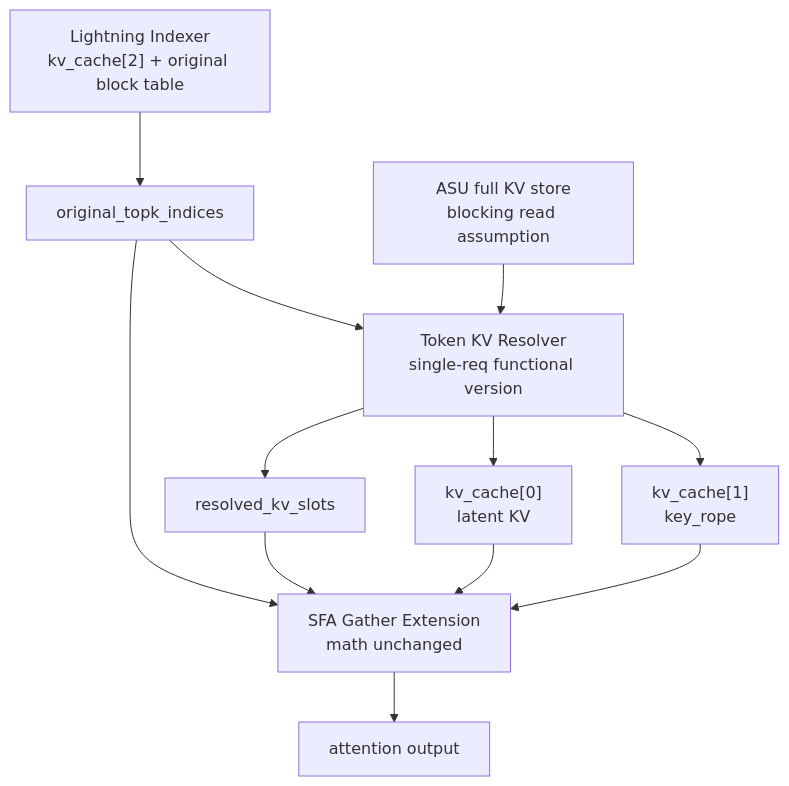
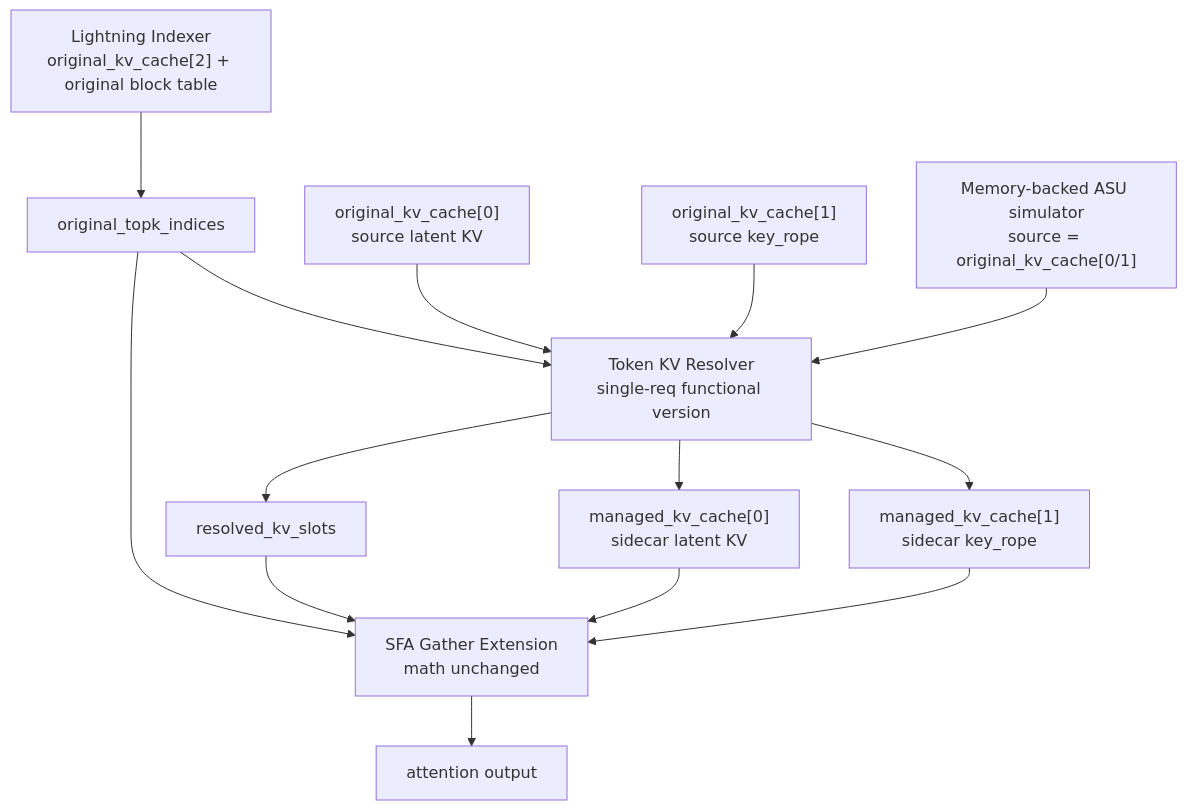
The diagram in docs/asu_g25_kvcache_functional_design.md (ykfnxx/ASU-Ascend), drawn with Mermaid before and after one commit. The commit also changed other lines of this file, not shown here.

Commit message:
docs: clarify ASU managed KV cache allocation

````diff
--- a/docs/asu_g25_kvcache_functional_design.md
+++ b/docs/asu_g25_kvcache_functional_design.md
@@ -129,24 +154,28 @@
 ```mermaid
 flowchart TB
-    IDX["Lightning Indexer<br/>kv_cache[2] + original block table"]
+    IDX["Lightning Indexer<br/>original_kv_cache[2] + original block table"]
     TOPK["original_topk_indices"]
     RES["Token KV Resolver<br/>single-req functional version"]
-    ASU["ASU full KV store<br/>blocking read assumption"]
-    K0["kv_cache[0]<br/>latent KV"]
-    K1["kv_cache[1]<br/>key_rope"]
+    ASU["Memory-backed ASU simulator<br/>source = original_kv_cache[0/1]"]
+    OK0["original_kv_cache[0]<br/>source latent KV"]
+    OK1["original_kv_cache[1]<br/>source key_rope"]
+    MK0["managed_kv_cache[0]<br/>sidecar latent KV"]
+    MK1["managed_kv_cache[1]<br/>sidecar key_rope"]
     SLOT["resolved_kv_slots"]
     SFA["SFA Gather Extension<br/>math unchanged"]
     OUT["attention output"]
 
     IDX --> TOPK
     TOPK --> RES
+    OK0 --> RES
+    OK1 --> RES
     ASU --> RES
-    RES --> K0
-    RES --> K1
+    RES --> MK0
+    RES --> MK1
     RES --> SLOT
     TOPK --> SFA
     SLOT --> SFA
-    K0 --> SFA
-    K1 --> SFA
+    MK0 --> SFA
+    MK1 --> SFA
     SFA --> OUT
 ```
````
